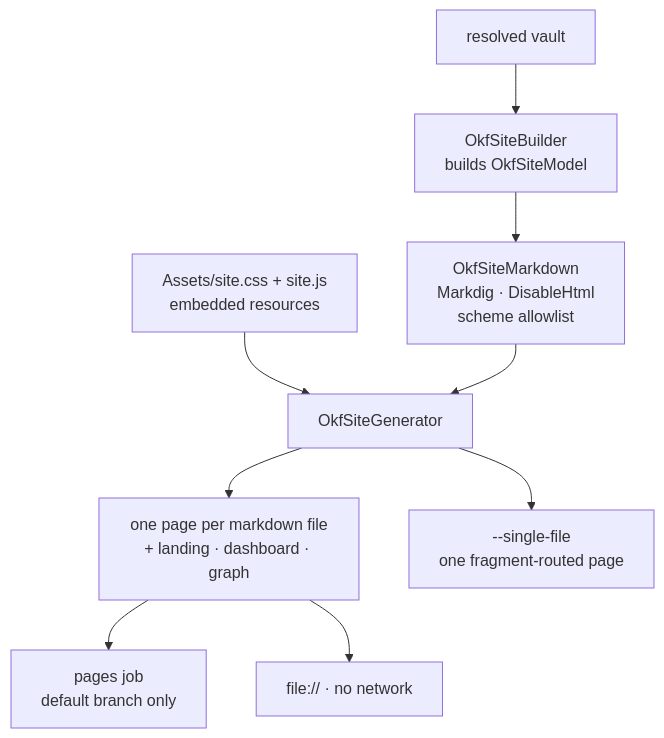
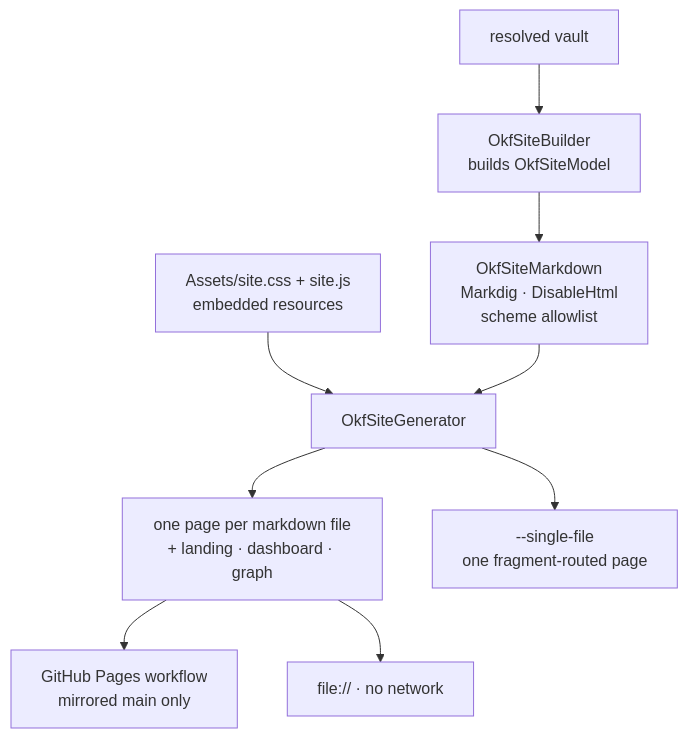
Before and after one commit to georgepharrison/okf-net: the seventh of 7 diagrams in docs/architecture.md, drawn with Mermaid. The commit also changed other lines of this file and 21 other files, not shown here.

Commit message:
feat(ci): publish public GitHub releases and Pages

````diff
--- a/docs/architecture.md
+++ b/docs/architecture.md
@@ -1119,11 +1145,11 @@
 ```mermaid
 flowchart TB
     vault["resolved vault"] --> build["OkfSiteBuilder<br/>builds OkfSiteModel"]
     build --> mdown["OkfSiteMarkdown<br/>Markdig · DisableHtml<br/>scheme allowlist"]
     assets["Assets/site.css + site.js<br/>embedded resources"] --> gen
     mdown --> gen["OkfSiteGenerator"]
     gen --> multi["one page per markdown file<br/>+ landing · dashboard · graph"]
     gen --> one["--single-file<br/>one fragment-routed page"]
-    multi --> pages["pages job<br/>default branch only"]
+    multi --> pages["GitHub Pages workflow<br/>mirrored main only"]
     multi --> local["file:// · no network"]
 ```
````
